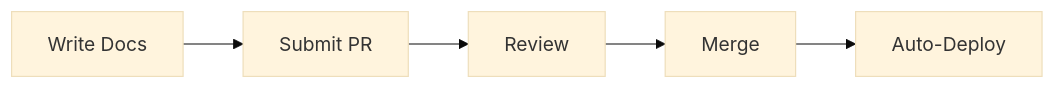
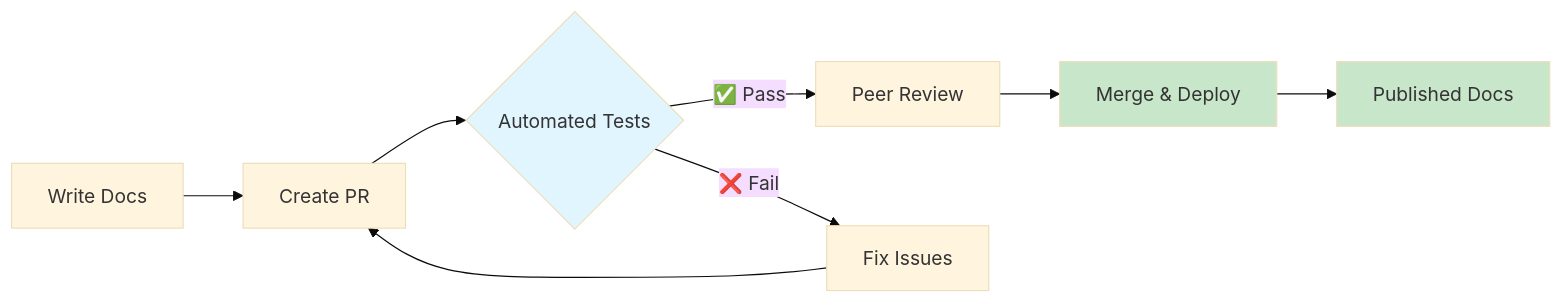
The diagram in README.md (cto4ai/docs-as-code-template), drawn with Mermaid (base theme) before and after one commit. The commit also changed other lines of this file, not shown here.

````diff
--- a/README.md
+++ b/README.md
@@ -71,7 +102,14 @@
 ```mermaid
 graph LR
-    A[Write Docs] --> B[Submit PR]
-    B --> C[Review]
-    C --> D[Merge]
-    D --> E[Auto-Deploy]
+    A[Write Docs] --> B[Create PR]
+    B --> C{Automated Tests}
+    C -->|✅ Pass| D[Peer Review]
+    C -->|❌ Fail| E[Fix Issues]
+    E --> B
+    D --> F[Merge & Deploy]
+    F --> G[Published Docs]
+
+    style C fill:#e1f5fe
+    style F fill:#c8e6c9
+    style G fill:#c8e6c9
 ```
````
